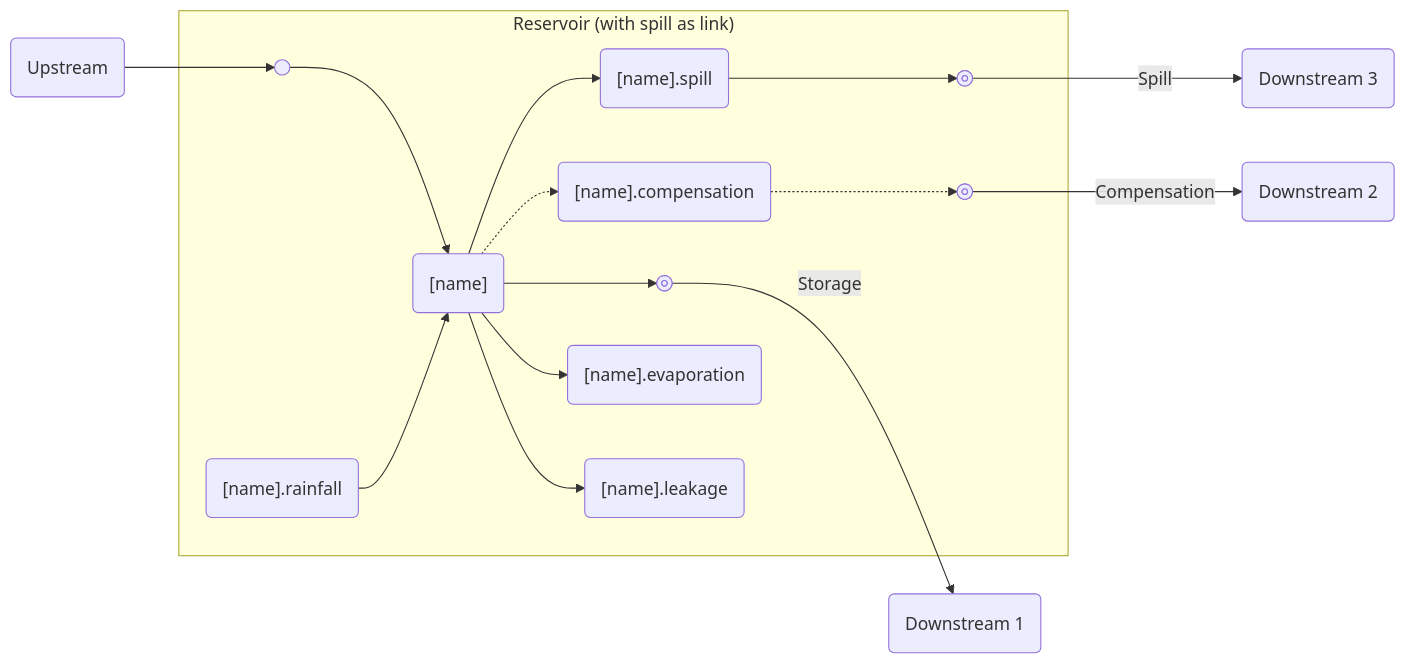
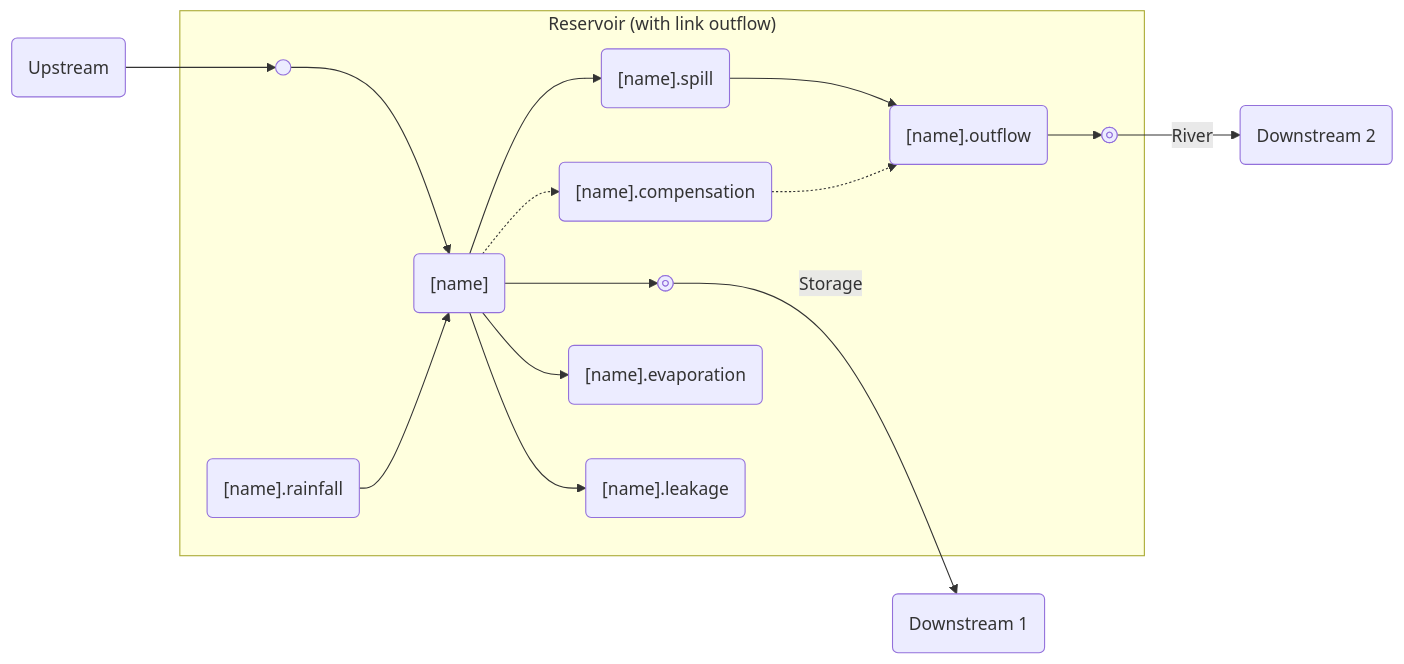
One commit to pywr/pywr-next changed the diagram in pywr-schema/src/nodes/doc_diagrams/reservoir-spill-link.mmd. Above: the diagram before and after it, drawn with Mermaid. The commit also changed 8 other files, not shown here.

First line of the commit message:
feat(schema): Revise the implementation of Reservoir compensation and spill. (#896)

```diff
--- a/pywr-schema/src/nodes/doc_diagrams/reservoir-spill-link.mmd
+++ b/pywr-schema/src/nodes/doc_diagrams/reservoir-spill-link.mmd
@@ -1,41 +1,39 @@
 graph LR
-    subgraph ThisNode["Reservoir (with spill as link)"]
+    subgraph ThisNode["Reservoir (with link outflow)"]
 
         s_in@{ shape: small-circle, label: "Incoming slot" }
-        s_out@{ shape: framed-circle, label: "Outgoing slot" }
-        s_out_comp@{ shape: framed-circle, label: "Outgoing slot" }
-        s_out_spill@{ shape: framed-circle, label: "Outgoing slot" }
-
+        s_out@{ shape: framed-circle, label: "Storage slot" }
+        s_river@{ shape: framed-circle, label: "River slot" }
         L_rain("[name].rainfall")
         L_spill("[name].spill")
         L_comp("[name].compensation")
+        L_outflow("[name].outflow")
         O_evap("[name].evaporation")
         O_leak("[name].leakage")
         S("[name]")
 
         s_in --> S --> s_out
+        L_outflow --> s_river
 
         L_rain --> S
-        S --> L_spill --> s_out_spill
+        S --> L_spill --> L_outflow
         S --> O_evap
         S --> O_leak
-        S -.-> L_comp -.-> s_out_comp
+        S -.-> L_comp -.-> L_outflow
 
     end
 
     U(Upstream) --> s_in
     s_out -->|Storage| D1(Downstream 1)
-    s_out_comp -->|Compensation| D2(Downstream 2)
-    s_out_spill --> |Spill| D3(Downstream 3)
-
+    s_river -->|River| D2(Downstream 2)
     class L_rain linkNode;
     class L_spill linkNode;
     class L_comp linkNode;
+    class L_outflow linkNode;
     class O_evap outputNode;
     class O_leak outputNode;
     class S storageNode;
     class ThisNode thisNode;
     class s_in slot;
     class s_out slot;
-    class s_out_comp slot;
-    class s_out_spill slot;
+    class s_river slot;
```
